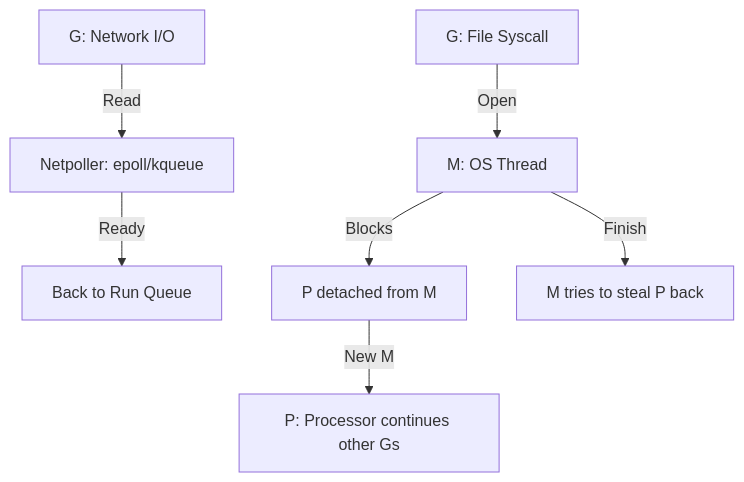
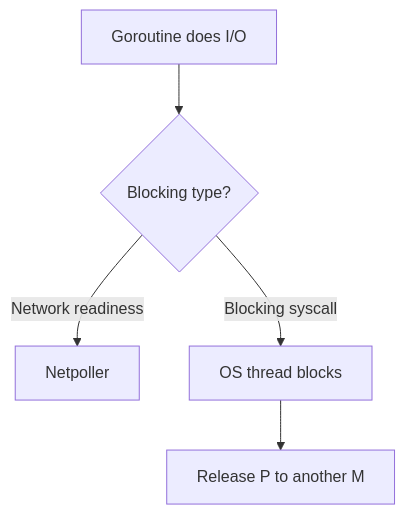
The diagram in RAK-03-evolution/SR-05-internals/BK-02-scheduler/CH-02-syscall-poller/README.md (syahputrawork98-sketch/Golang-Knowledge-Base), drawn with Mermaid before and after one commit. The commit also changed other lines of this file and 61 other files, not shown here.

````diff
--- a/RAK-03-evolution/SR-05-internals/BK-02-scheduler/CH-02-syscall-poller/README.md
+++ b/RAK-03-evolution/SR-05-internals/BK-02-scheduler/CH-02-syscall-poller/README.md
@@ -37,11 +35,7 @@
 ```mermaid
 graph TD
-    Gnet[G: Network I/O] -- Read --> NP[Netpoller: epoll/kqueue]
-    NP -- Ready --> LRQ[Back to Run Queue]
-    
-    Gsys[G: File Syscall] -- Open --> M[M: OS Thread]
-    M -- Blocks --> Handoff[P detached from M]
-    Handoff -- New M --> P[P: Processor continues other Gs]
-    
-    M -- Finish --> ReAcq[M tries to steal P back]
+    G[Goroutine does I/O] --> Type{Blocking type?}
+    Type -->|Network readiness| Poll[Netpoller]
+    Type -->|Blocking syscall| Block[OS thread blocks]
+    Block --> Handoff[Release P to another M]
 ```
````
